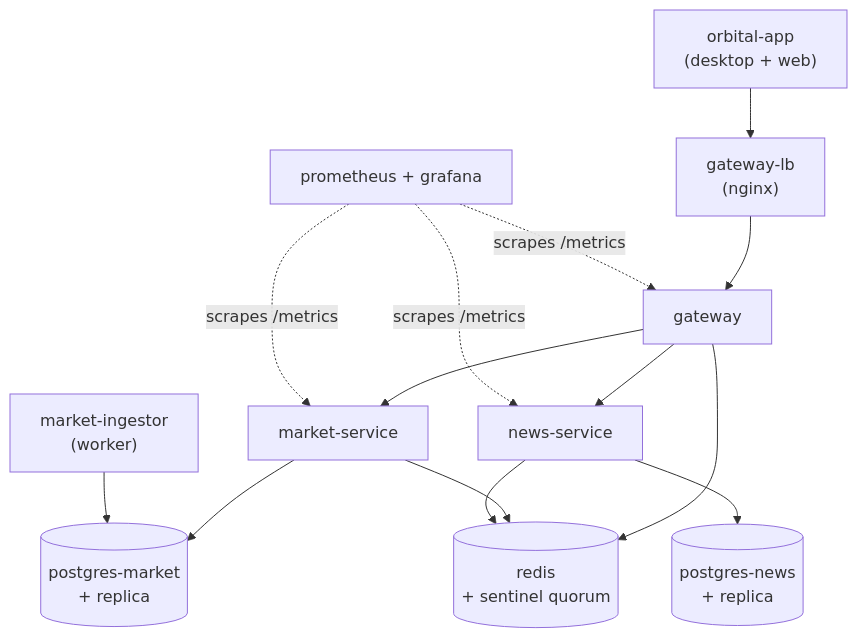
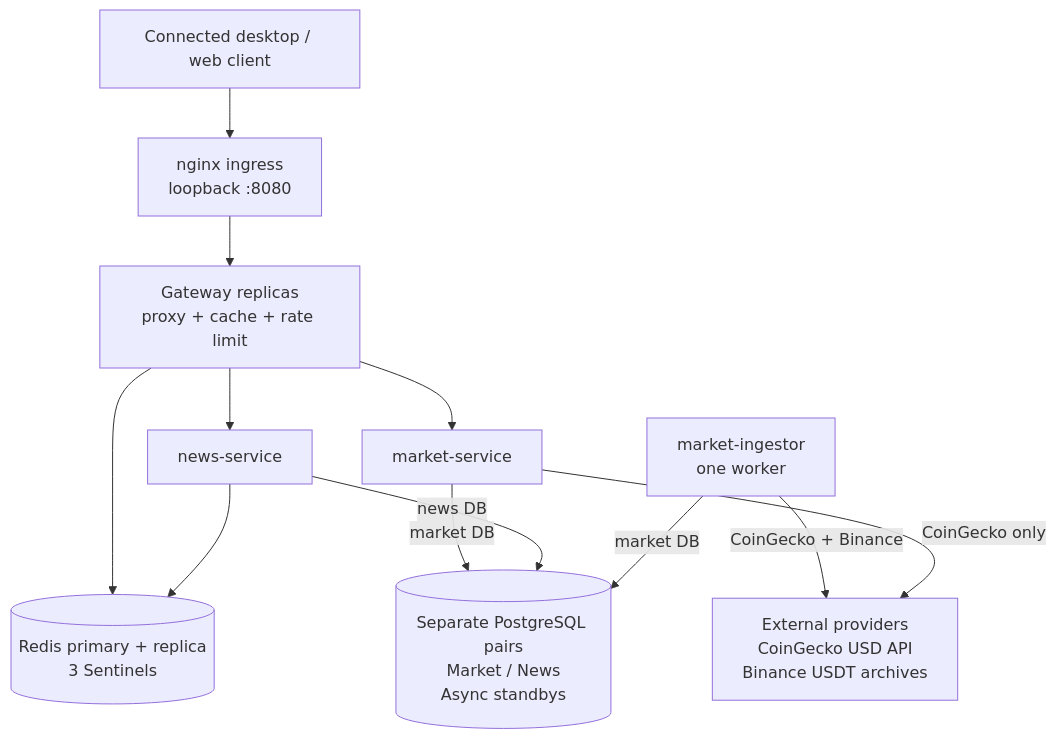
One commit to LoCh3f/orbital changed the diagram in report/figures/infrastructure.mmd. Above: the diagram before and after it, drawn with Mermaid. The commit also changed 24 other files, not shown here.

```diff
--- a/report/figures/infrastructure.mmd
+++ b/report/figures/infrastructure.mmd
@@ -1,24 +1,12 @@
-graph TB
-    Client["orbital-app<br/>(desktop + web)"]
-    LB["gateway-lb<br/>(nginx)"]
-    GW["gateway"]
-    MS["market-service"]
-    NS["news-service"]
-    MI["market-ingestor<br/>(worker)"]
-    PGM[("postgres-market<br/>+ replica")]
-    PGN[("postgres-news<br/>+ replica")]
-    REDIS[("redis<br/>+ sentinel quorum")]
-    MON["prometheus + grafana"]
-
-    Client --> LB --> GW
-    GW --> MS
-    GW --> NS
-    GW --> REDIS
-    MS --> PGM
-    MS --> REDIS
-    NS --> PGN
-    NS --> REDIS
-    MI --> PGM
-    MON -.->|scrapes /metrics| GW
-    MON -.->|scrapes /metrics| MS
-    MON -.->|scrapes /metrics| NS
+flowchart TB
+    App["Connected desktop / web client"] --> LB["nginx ingress<br/>loopback :8080"]
+    LB --> GW["Gateway replicas<br/>proxy + cache + rate limit"]
+    GW --> MS["market-service"]
+    GW --> NS["news-service"]
+    GW --> Redis[("Redis primary + replica<br/>3 Sentinels")]
+    NS --> Redis
+    MS -->|market DB| PG[("Separate PostgreSQL pairs<br/>Market / News<br/>Async standbys")]
+    NS -->|news DB| PG
+    MI["market-ingestor<br/>one worker"] -->|market DB| PG
+    MI -->|CoinGecko + Binance| Providers["External providers<br/>CoinGecko USD API<br/>Binance USDT archives"]
+    MS -->|CoinGecko only| Providers
```
